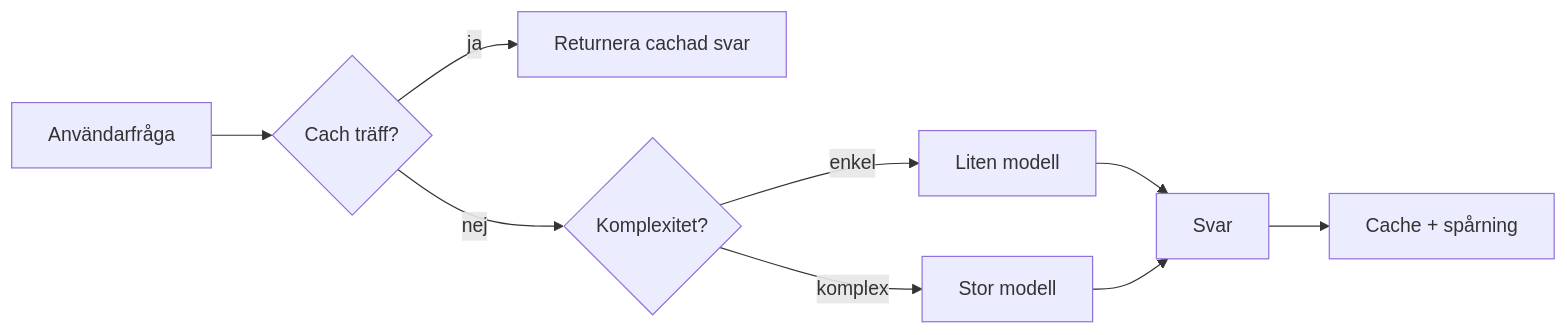
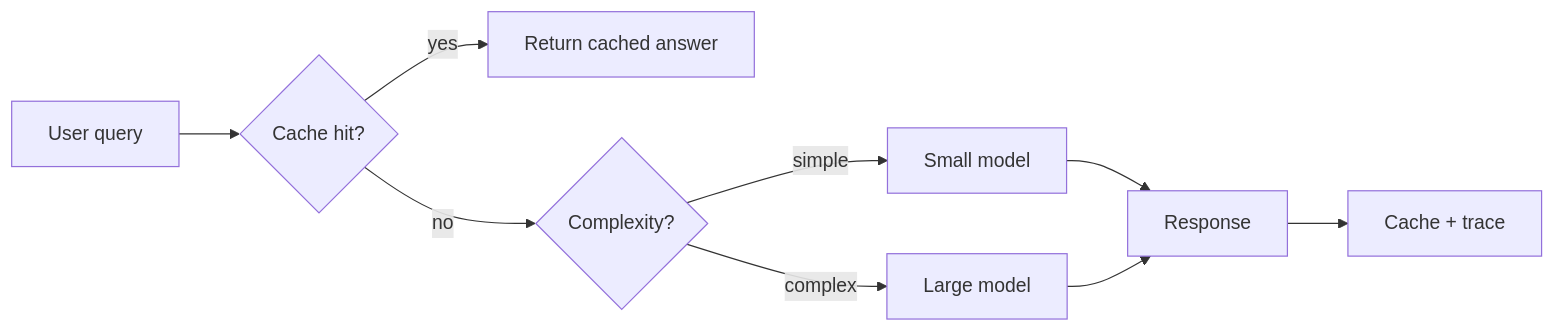
One commit to gabrielmoreira/agent-skills-mirror changed the third of 4 diagrams in mirrors/repos/microsoft@ai-agents-for-beginners/translations/sv/16-deploying-scalable-agents/README.md. Above: the diagram before and after it, drawn with Mermaid. The commit also changed other lines of this file and 5918 other files, not shown here.

````diff
--- a/mirrors/repos/microsoft@ai-agents-for-beginners/translations/sv/16-deploying-scalable-agents/README.md
+++ b/mirrors/repos/microsoft@ai-agents-for-beginners/translations/sv/16-deploying-scalable-agents/README.md
@@ -134,11 +134,11 @@
 ```mermaid
 flowchart LR
-    Q[Användarfråga] --> C{Cach träff?}
-    C -->|ja| R[Returnera cachad svar]
-    C -->|nej| Router{Komplexitet?}
-    Router -->|enkel| SLM[Liten modell]
-    Router -->|komplex| LLM[Stor modell]
-    SLM --> Out[Svar]
+    Q[User query] --> C{Cache hit?}
+    C -->|yes| R[Return cached answer]
+    C -->|no| Router{Complexity?}
+    Router -->|simple| SLM[Small model]
+    Router -->|complex| LLM[Large model]
+    SLM --> Out[Response]
     LLM --> Out
-    Out --> Store[Cache + spårning]
+    Out --> Store[Cache + trace]
 ```
````
